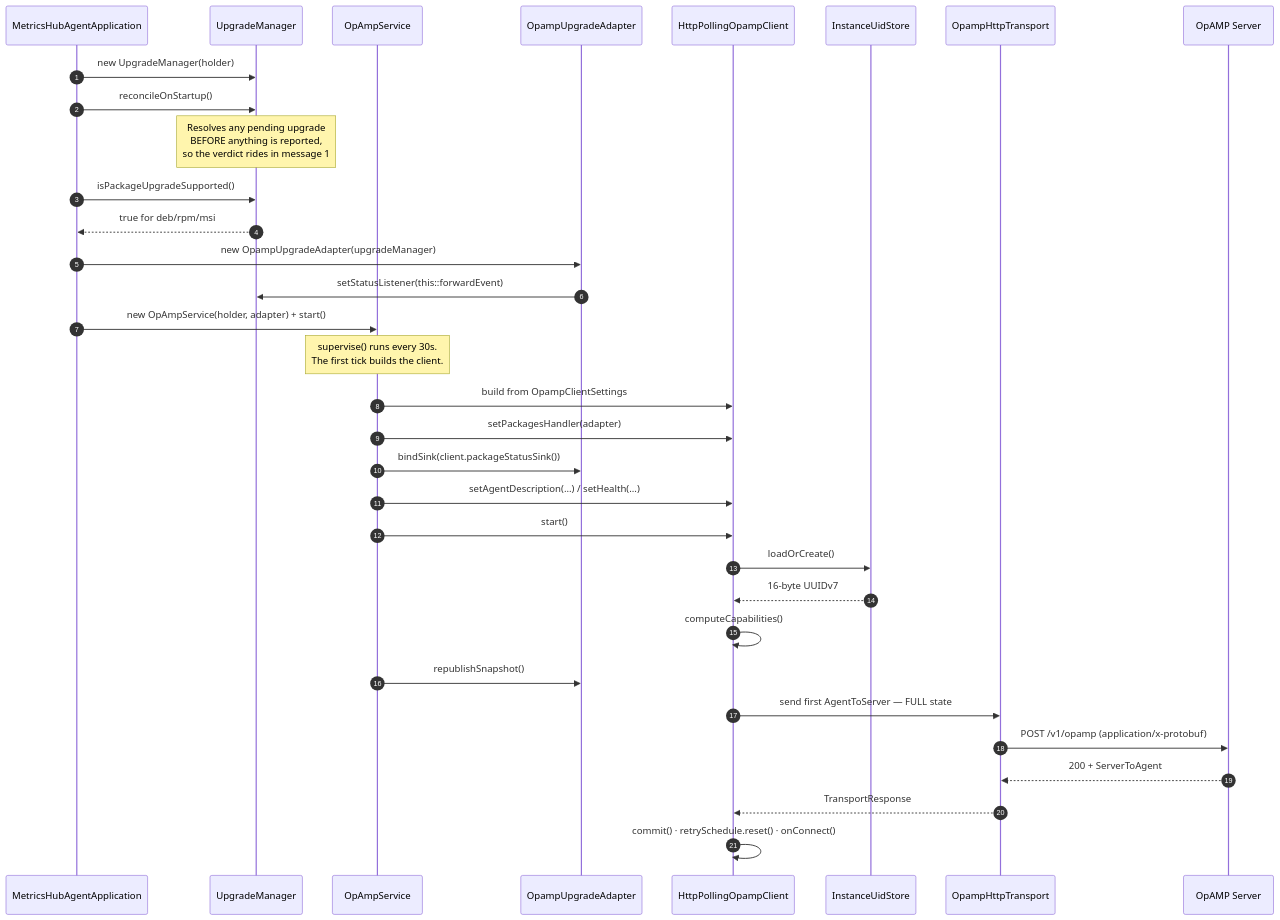
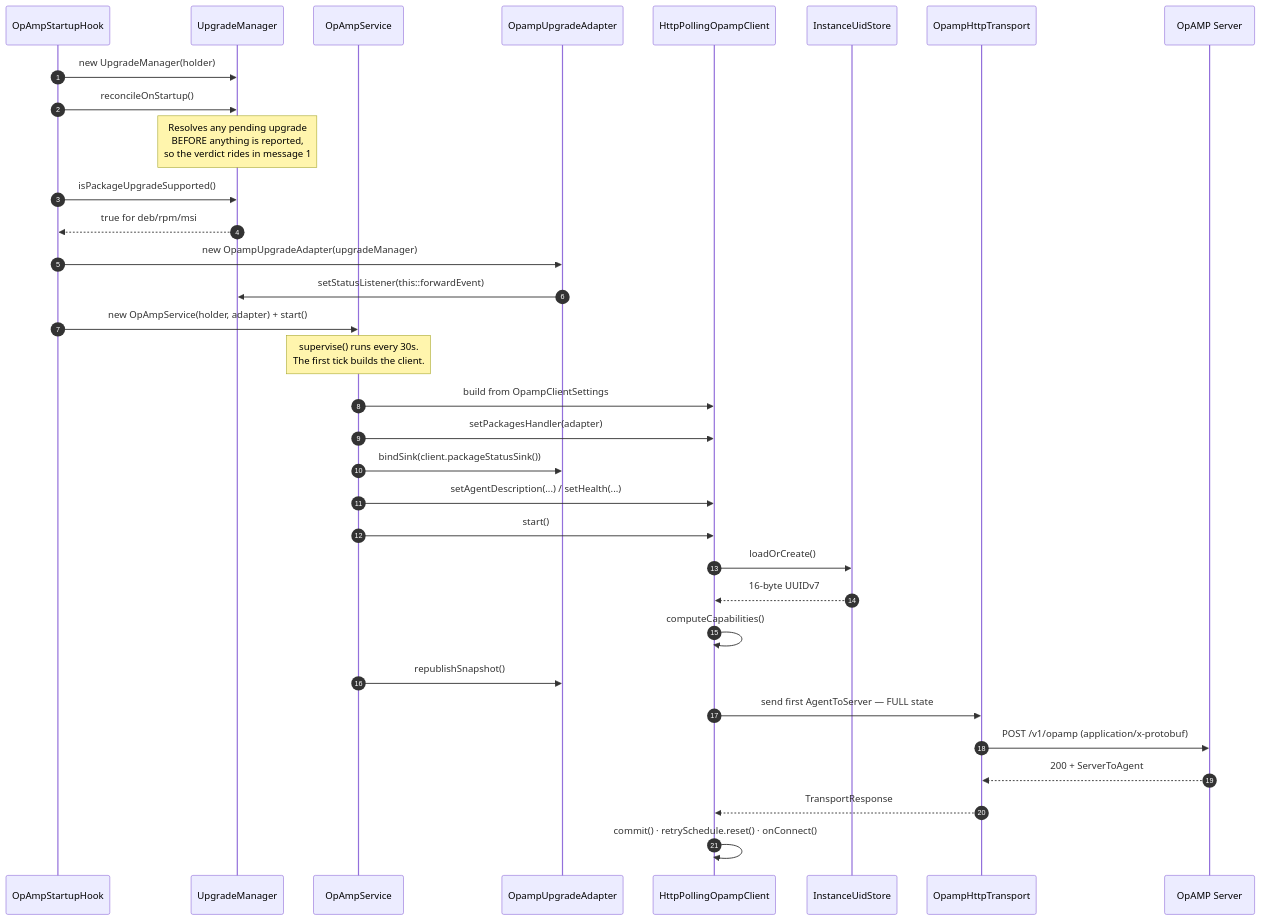
The fourth of 8 diagrams in fleet-management.md (MetricsHub/metricshub-community), drawn with Mermaid before and after one commit. The commit also changed other lines of this file and 3 other files, not shown here.

First line of the commit message:
OpAMP: start fleet management from a StartupHook

````diff
--- a/fleet-management.md
+++ b/fleet-management.md
@@ -345,39 +348,39 @@
 ```mermaid
 sequenceDiagram
     autonumber
-    participant App as MetricsHubAgentApplication
+    participant App as OpAmpStartupHook
     participant UM as UpgradeManager
     participant Svc as OpAmpService
     participant AD as OpampUpgradeAdapter
     participant C as HttpPollingOpampClient
     participant St as InstanceUidStore
     participant T as OpampHttpTransport
     participant S as OpAMP Server
 
     App->>UM: new UpgradeManager(holder)
     App->>UM: reconcileOnStartup()
     Note over UM: Resolves any pending upgrade<br/>BEFORE anything is reported,<br/>so the verdict rides in message 1
     App->>UM: isPackageUpgradeSupported()
     UM-->>App: true for deb/rpm/msi
     App->>AD: new OpampUpgradeAdapter(upgradeManager)
     AD->>UM: setStatusListener(this::forwardEvent)
     App->>Svc: new OpAmpService(holder, adapter) + start()
 
     Note over Svc: supervise() runs every 30s.<br/>The first tick builds the client.
 
     Svc->>C: build from OpampClientSettings
     Svc->>C: setPackagesHandler(adapter)
     Svc->>AD: bindSink(client.packageStatusSink())
     Svc->>C: setAgentDescription(...) / setHealth(...)
     Svc->>C: start()
     C->>St: loadOrCreate()
     St-->>C: 16-byte UUIDv7
     C->>C: computeCapabilities()
     Svc->>AD: republishSnapshot()
 
     C->>T: send first AgentToServer — FULL state
     T->>S: POST /v1/opamp (application/x-protobuf)
     S-->>T: 200 + ServerToAgent
     T-->>C: TransportResponse
     C->>C: commit() · retrySchedule.reset() · onConnect()
 ```
````
